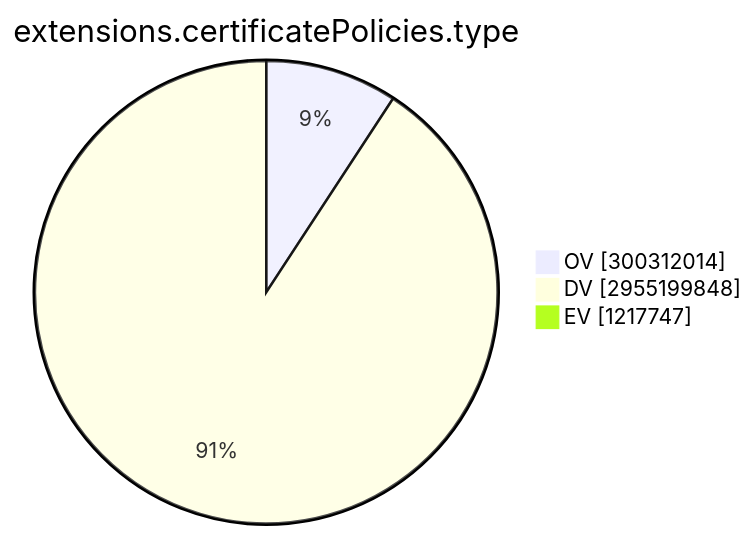
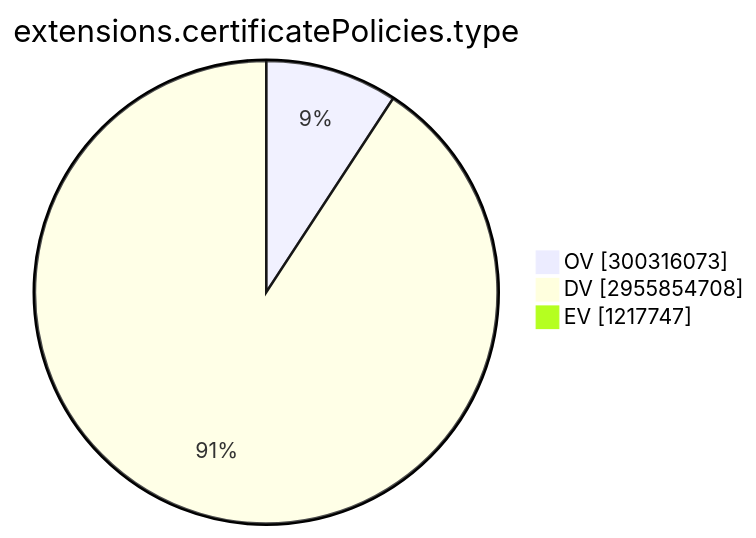
The ninth of 15 diagrams in TOTAL/README.md (christiankrug/ctmonitor_visualization), drawn with Mermaid before and after one commit. The commit also changed other lines of this file, not shown here.

````diff
--- a/TOTAL/README.md
+++ b/TOTAL/README.md
@@ -3101,7 +3101,7 @@
 ```mermaid
 pie showData
 title extensions.certificatePolicies.type
-"OV" :300312014
-"DV" :2955199848
+"OV" :300316073
+"DV" :2955854708
 "EV" :1217747
 ```
````
